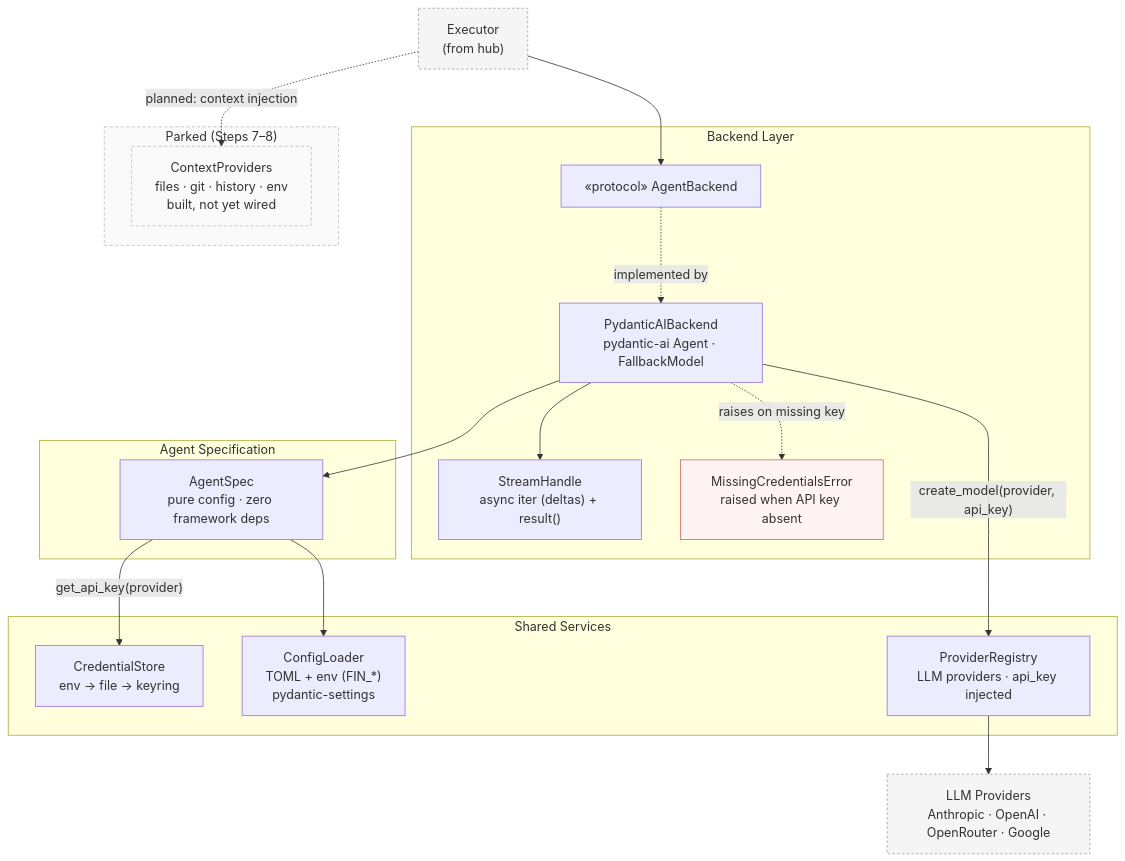
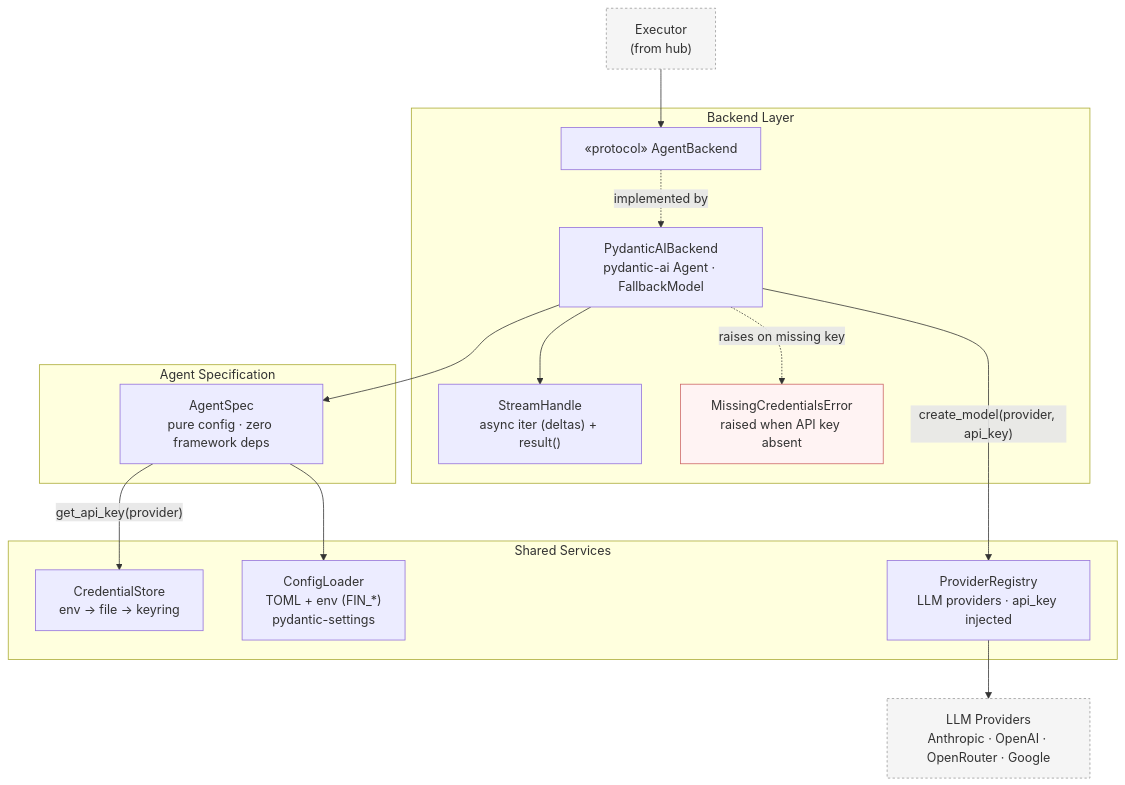
The third of 4 diagrams in README.md (ColeB1722/fin-assist), drawn with Mermaid before and after one commit. The commit also changed other lines of this file and 11 other files, not shown here.

````diff
--- a/README.md
+++ b/README.md
@@ -87,45 +87,38 @@
 ```mermaid
 graph TD
     EXEC["Executor<br/>(from hub)"]
 
     subgraph BACKEND_GRP["Backend Layer"]
         BEH["«protocol» AgentBackend"]
         PAI["PydanticAIBackend<br/>pydantic-ai Agent · FallbackModel"]
         SH["StreamHandle<br/>async iter (deltas) + result()"]
         MCE["MissingCredentialsError<br/>raised when API key absent"]
     end
 
     subgraph SPEC_GRP["Agent Specification"]
         SPEC["AgentSpec<br/>pure config · zero framework deps"]
     end
 
     subgraph SHARED["Shared Services"]
         CREDS["CredentialStore<br/>env → file → keyring"]
         CONFIG["ConfigLoader<br/>TOML + env (FIN_*)<br/>pydantic-settings"]
         REG["ProviderRegistry<br/>LLM providers · api_key injected"]
     end
 
-    subgraph PARKED["Parked (Steps 7–8)"]
-        CTXP["ContextProviders<br/>files · git · history · env<br/>built, not yet wired"]
-    end
-
     LLM["LLM Providers<br/>Anthropic · OpenAI · OpenRouter · Google"]
 
     EXEC --> BEH
     BEH -.->|"implemented by"| PAI
     PAI --> SH
     PAI -->|"create_model(provider, api_key)"| REG
     REG --> LLM
     PAI --> SPEC
     PAI -.->|"raises on missing key"| MCE
     SPEC -->|"get_api_key(provider)"| CREDS
     SPEC --> CONFIG
-    EXEC -.->|"planned: context injection"| CTXP
 
     classDef external fill:#f5f5f5,stroke:#999,stroke-dasharray: 3 3
     class EXEC,LLM external
-    classDef parked fill:#fafafa,stroke:#bbb,stroke-dasharray: 4 3
-    class CTXP,PARKED parked
     classDef error fill:#fff3f3,stroke:#c66
     class MCE error
 ```
````
